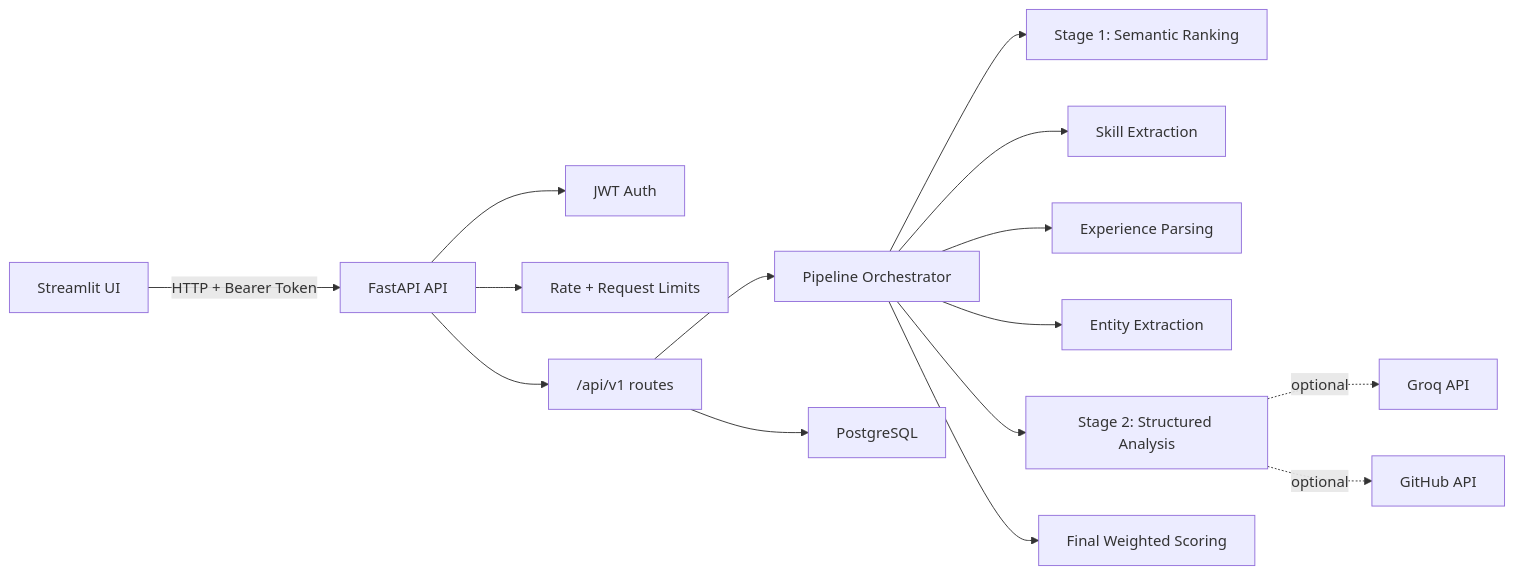
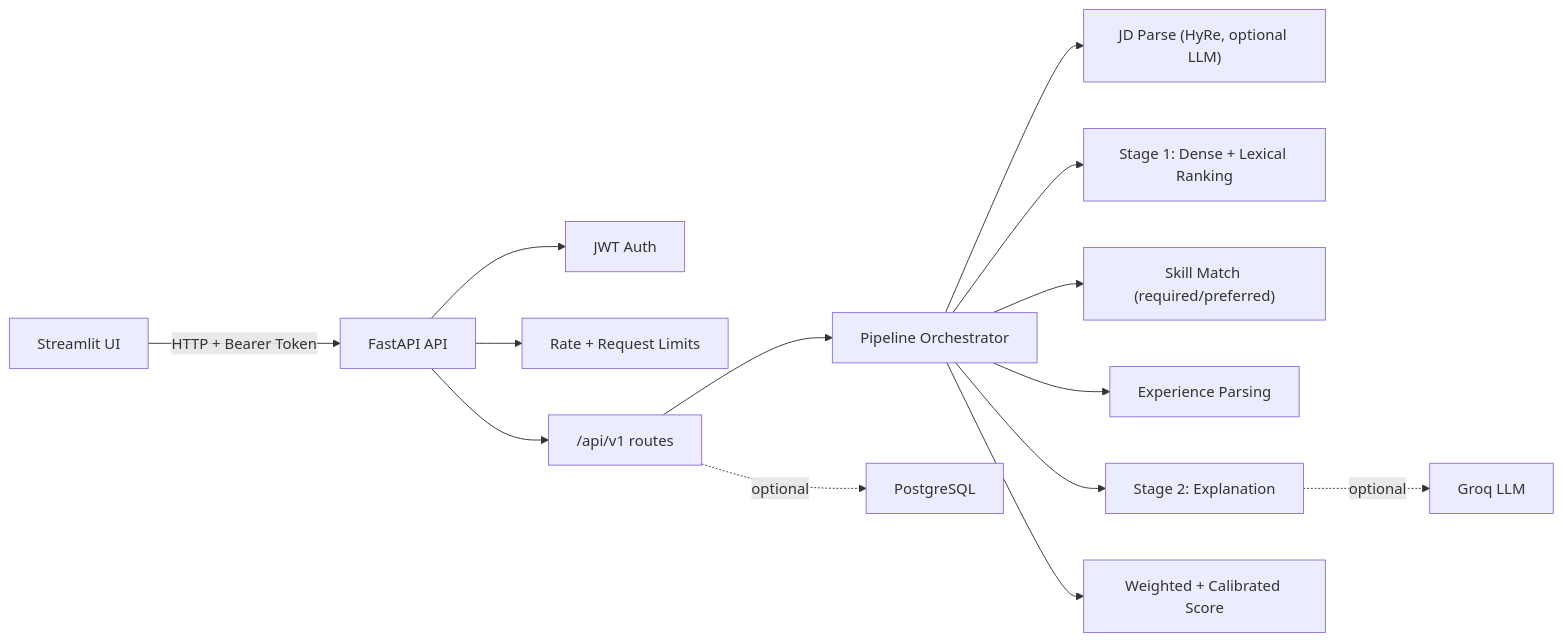
Before and after one commit to Eslamelzamkan/talent-scout-screening: the diagram in README.md, drawn with Mermaid. The commit also changed other lines of this file and 13 other files, not shown here.

````diff
--- a/README.md
+++ b/README.md
@@ -33,20 +137,16 @@
 ```mermaid
 flowchart LR
     UI["Streamlit UI"] -->|"HTTP + Bearer Token"| API["FastAPI API"]
-
     API --> AUTH["JWT Auth"]
     API --> LIMITS["Rate + Request Limits"]
     API --> ROUTES["/api/v1 routes"]
-
     ROUTES --> PIPE["Pipeline Orchestrator"]
-    PIPE --> STAGE1["Stage 1: Semantic Ranking"]
-    PIPE --> SKILLS["Skill Extraction"]
+    PIPE --> JD["JD Parse (HyRe, optional LLM)"]
+    PIPE --> STAGE1["Stage 1: Dense + Lexical Ranking"]
+    PIPE --> SKILLS["Skill Match (required/preferred)"]
     PIPE --> EXP["Experience Parsing"]
-    PIPE --> ENT["Entity Extraction"]
-    PIPE --> STAGE2["Stage 2: Structured Analysis"]
-    STAGE2 -. optional .-> GROQ["Groq API"]
-    STAGE2 -. optional .-> GITHUB["GitHub API"]
-    PIPE --> SCORE["Final Weighted Scoring"]
-
-    ROUTES --> DB["PostgreSQL"]
+    PIPE --> STAGE2["Stage 2: Explanation"]
+    STAGE2 -. optional .-> GROQ["Groq LLM"]
+    PIPE --> SCORE["Weighted + Calibrated Score"]
+    ROUTES -. optional .-> DB["PostgreSQL"]
 ```
````
